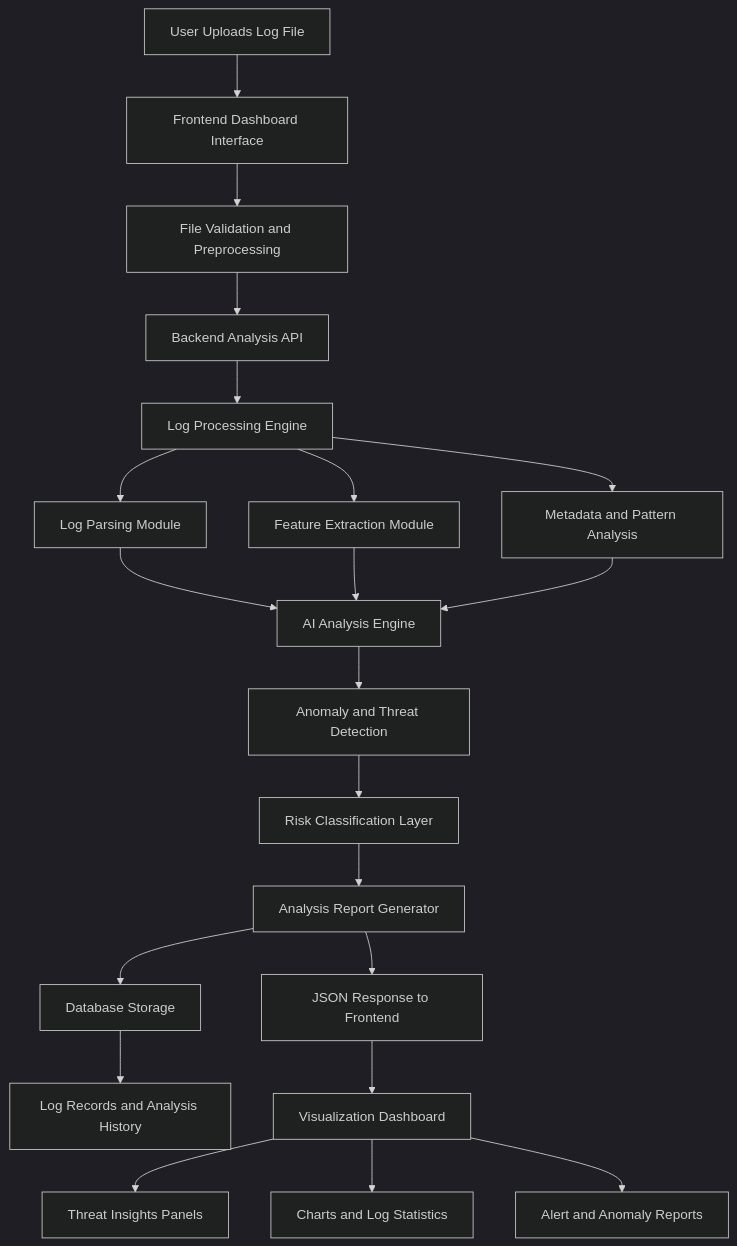
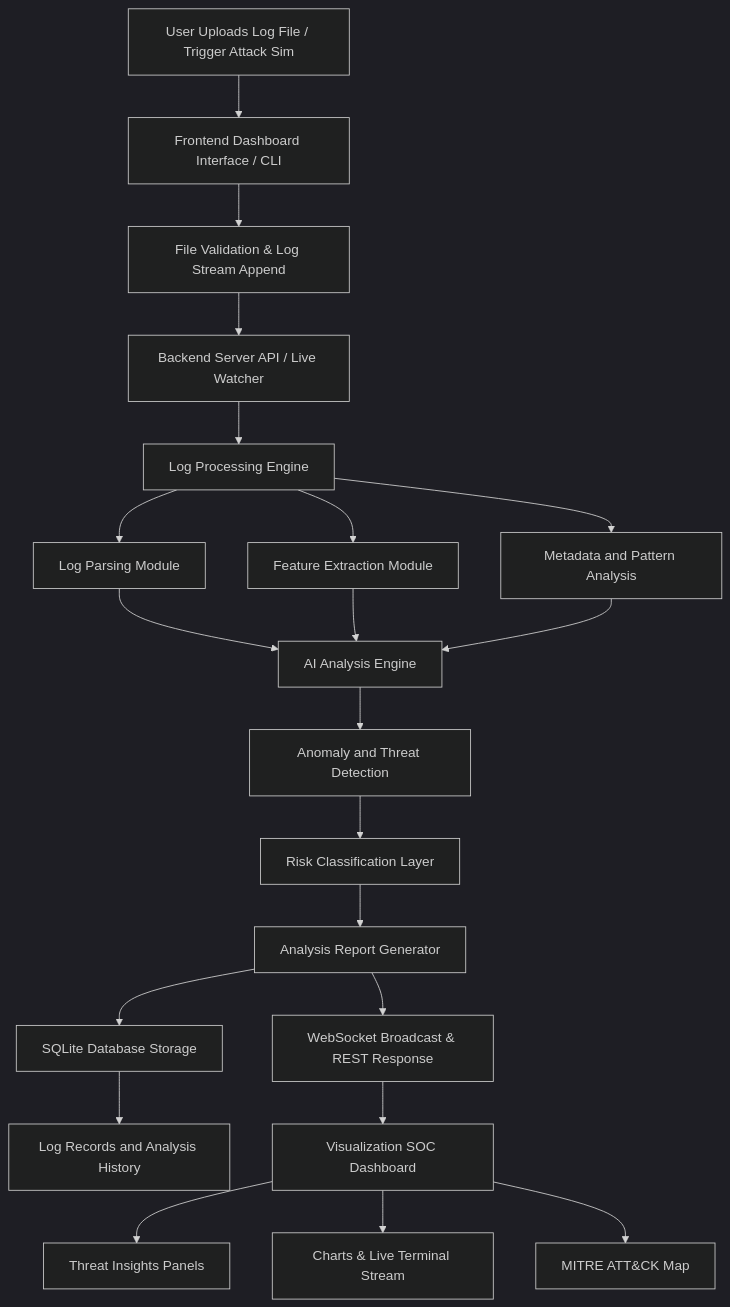
One commit to anshupeter/AI-CyberLog-Analyzer-Live-Monitering-- changed the diagram in README.md. Above: the diagram before and after it, drawn with Mermaid (dark theme). The commit also changed other lines of this file, not shown here.

Commit message:
docs: update README with Live Monitoring and Attack Simulator features

````diff
--- a/README.md
+++ b/README.md
@@ -30,33 +43,33 @@
 ```mermaid
 flowchart TD
-    A[User Uploads Log File] --> B[Frontend Dashboard Interface]
+    A[User Uploads Log File / Trigger Attack Sim] --> B[Frontend Dashboard Interface / CLI]
     
-    B --> C[File Validation and Preprocessing]
-    C --> D[Backend Analysis API]
+    B --> C[File Validation & Log Stream Append]
+    C --> D[Backend Server API / Live Watcher]
     
     D --> E[Log Processing Engine]
     
     E --> F[Log Parsing Module]
     E --> G[Feature Extraction Module]
     E --> H[Metadata and Pattern Analysis]
     
     F --> I[AI Analysis Engine]
     G --> I
     H --> I
     
     I --> J[Anomaly and Threat Detection]
     
     J --> K[Risk Classification Layer]
     
     K --> L[Analysis Report Generator]
     
-    L --> M[Database Storage]
+    L --> M[SQLite Database Storage]
     M --> N[Log Records and Analysis History]
     
-    L --> O[JSON Response to Frontend]
+    L --> O[WebSocket Broadcast & REST Response]
     
-    O --> P[Visualization Dashboard]
+    O --> P[Visualization SOC Dashboard]
     P --> Q[Threat Insights Panels]
-    P --> R[Charts and Log Statistics]
-    P --> S[Alert and Anomaly Reports]
+    P --> R[Charts & Live Terminal Stream]
+    P --> S[MITRE ATT&CK Map]
 ```
````
